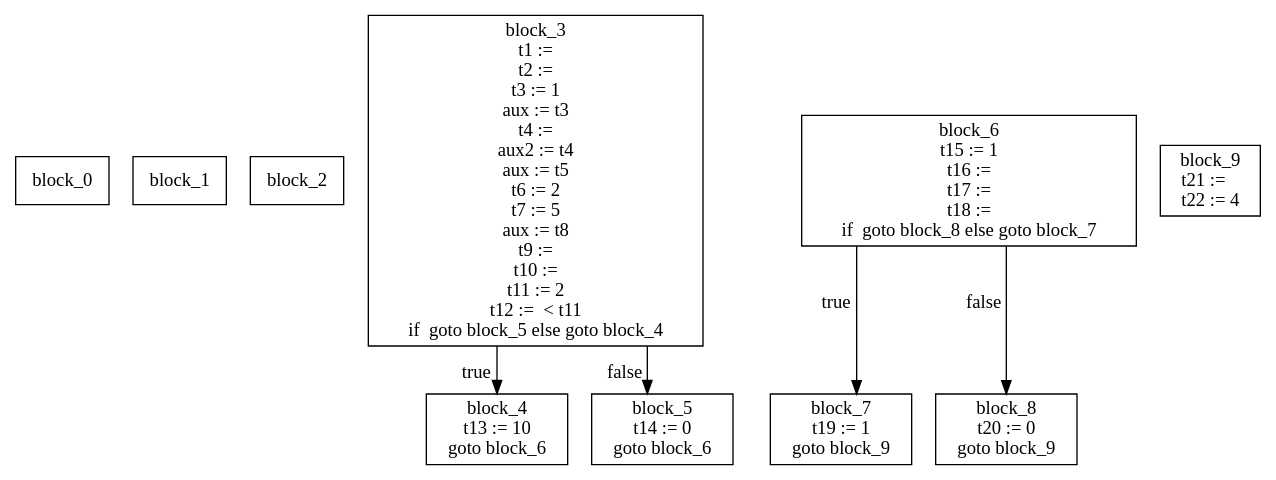
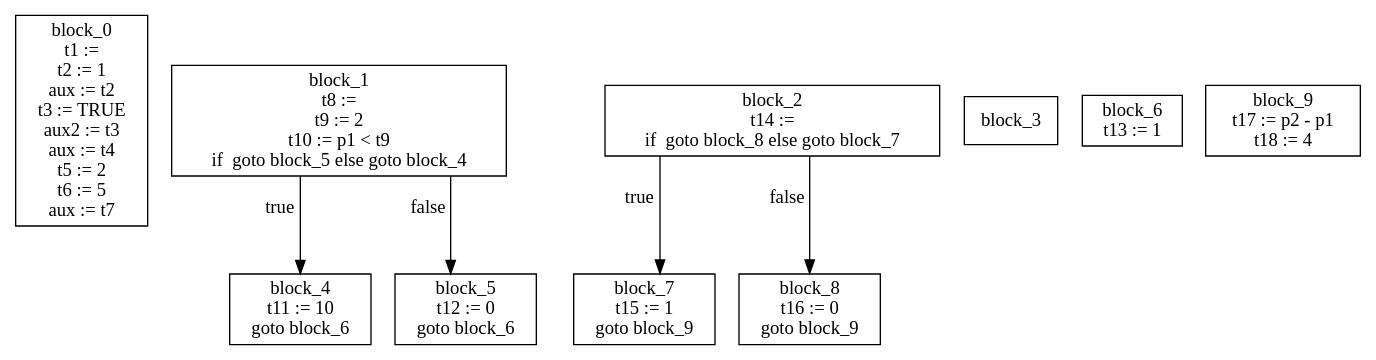
The diagram in assignment_1/getting_started/cfg.dot (AIlhomov/Flex), drawn with Graphviz before and after one commit. The commit also changed 4 other files, not shown here.

```diff
--- a/assignment_1/getting_started/cfg.dot
+++ b/assignment_1/getting_started/cfg.dot
@@ -1,18 +1,18 @@
 digraph CFG {
 graph [splines=ortho];
 node [shape=box];
-block_0 [label="block_0\n"];
-block_1 [label="block_1\n"];
-block_2 [label="block_2\n"];
-block_3 [label="block_3\nt1 := \nt2 := \nt3 := 1\naux := t3\nt4 := \naux2 := t4\naux := t5\nt6 := 2\nt7 := 5\naux := t8\nt9 := \nt10 := \nt11 := 2\nt12 :=  < t11\nif  goto block_5 else goto block_4\n"];
-block_3 -> block_4 [xlabel="true"];
-block_3 -> block_5 [xlabel="false"];
-block_4 [label="block_4\nt13 := 10\ngoto block_6\n"];
-block_5 [label="block_5\nt14 := 0\ngoto block_6\n"];
-block_6 [label="block_6\nt15 := 1\nt16 := \nt17 := \nt18 := \nif  goto block_8 else goto block_7\n"];
-block_6 -> block_7 [xlabel="true"];
-block_6 -> block_8 [xlabel="false"];
-block_7 [label="block_7\nt19 := 1\ngoto block_9\n"];
-block_8 [label="block_8\nt20 := 0\ngoto block_9\n"];
-block_9 [label="block_9\nt21 :=   \nt22 := 4\n"];
+block_0 [label="block_0\nt1 := \nt2 := 1\naux := t2\nt3 := TRUE\naux2 := t3\naux := t4\nt5 := 2\nt6 := 5\naux := t7\n"];
+block_1 [label="block_1\nt8 := \nt9 := 2\nt10 := p1 < t9\nif  goto block_5 else goto block_4\n"];
+block_1 -> block_4 [xlabel="true"];
+block_1 -> block_5 [xlabel="false"];
+block_2 [label="block_2\nt14 := \nif  goto block_8 else goto block_7\n"];
+block_2 -> block_7 [xlabel="true"];
+block_2 -> block_8 [xlabel="false"];
+block_3 [label="block_3\n"];
+block_4 [label="block_4\nt11 := 10\ngoto block_6\n"];
+block_5 [label="block_5\nt12 := 0\ngoto block_6\n"];
+block_6 [label="block_6\nt13 := 1\n"];
+block_7 [label="block_7\nt15 := 1\ngoto block_9\n"];
+block_8 [label="block_8\nt16 := 0\ngoto block_9\n"];
+block_9 [label="block_9\nt17 := p2 - p1\nt18 := 4\n"];
 }
```
